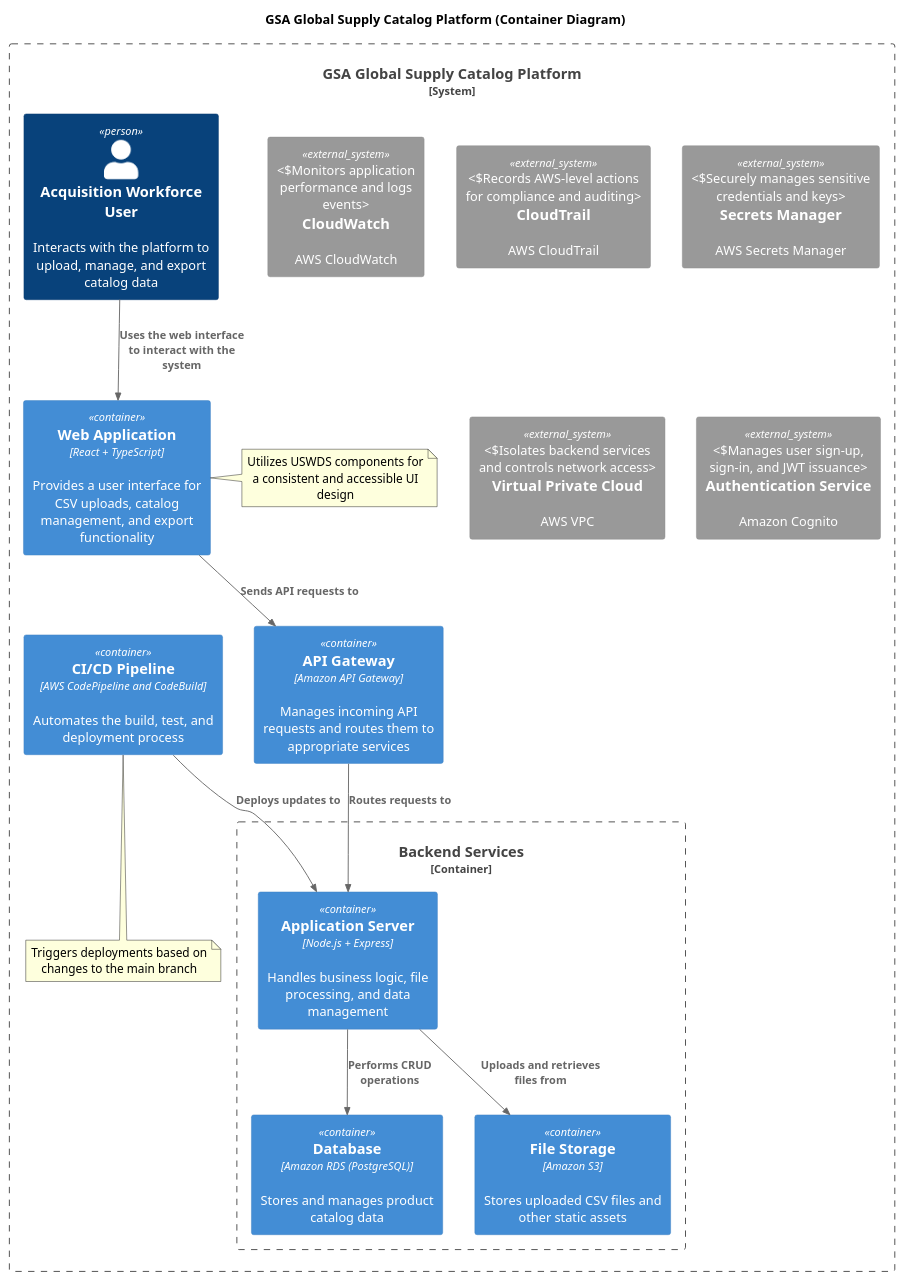
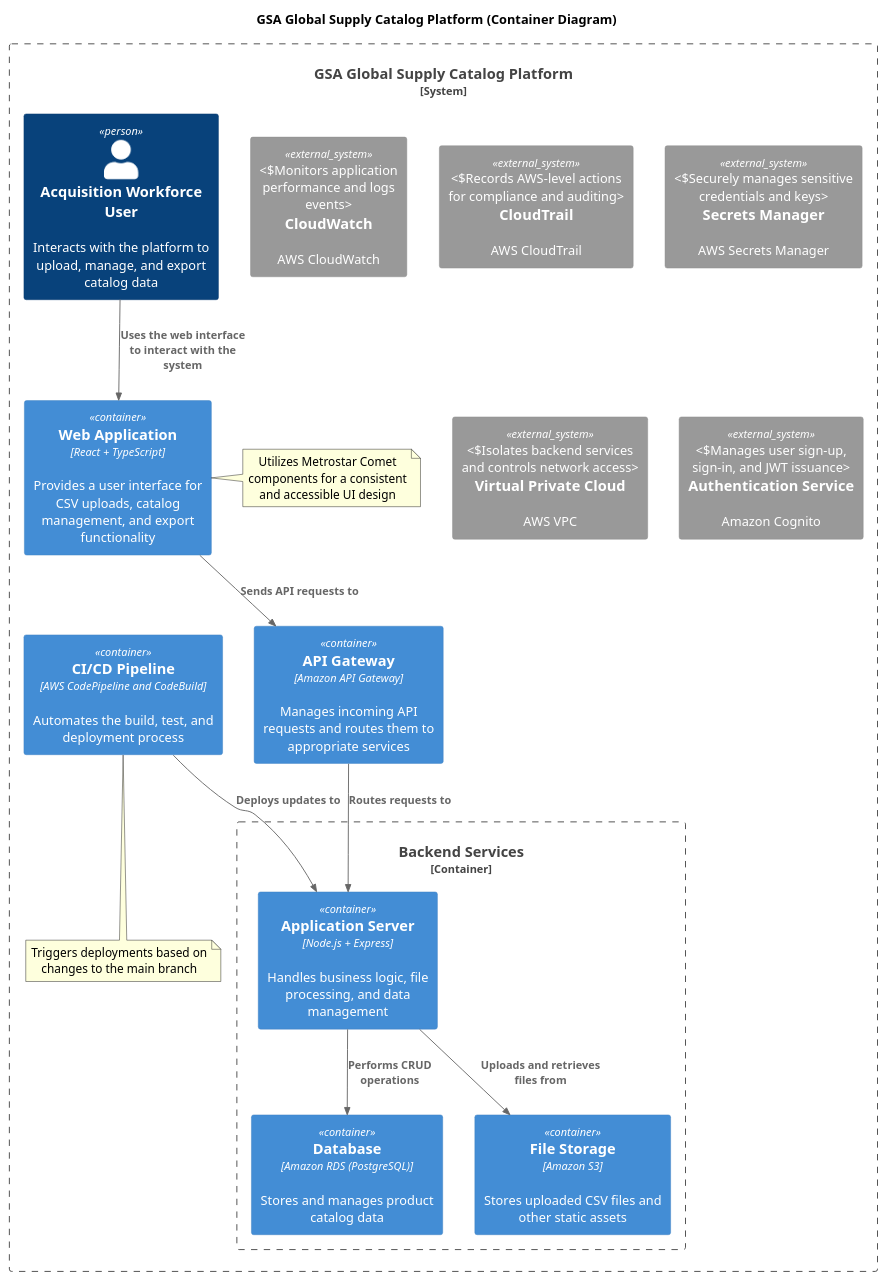
Before and after one commit to AathreyaG/reactai-starter: the diagram in solution.md, drawn with PlantUML. The commit also changed other lines of this file, not shown here.

````diff
--- a/solution.md
+++ b/solution.md
@@ -1,45 +1,45 @@
 ```plantuml
 @startuml
 !includeurl https://raw.githubusercontent.com/plantuml-stdlib/C4-PlantUML/master/C4_Container.puml
 
 title GSA Global Supply Catalog Platform (Container Diagram)
 
 System_Boundary(GSA_Boundary, "GSA Global Supply Catalog Platform") {
 
     Person(user, "Acquisition Workforce User", "Interacts with the platform to upload, manage, and export catalog data")
 
     Container(webApp, "Web Application", "React + TypeScript", "Provides a user interface for CSV uploads, catalog management, and export functionality")
     Container(apiGateway, "API Gateway", "Amazon API Gateway", "Manages incoming API requests and routes them to appropriate services")
 
     Container_Boundary(Backend, "Backend Services") {
         Container(appServer, "Application Server", "Node.js + Express", "Handles business logic, file processing, and data management")
         Container(database, "Database", "Amazon RDS (PostgreSQL)", "Stores and manages product catalog data")
         Container(fileStorage, "File Storage", "Amazon S3", "Stores uploaded CSV files and other static assets")
     }
 
     System_Ext(cloudwatch, "CloudWatch", "AWS CloudWatch", "Monitors application performance and logs events")
     System_Ext(cloudtrail, "CloudTrail", "AWS CloudTrail", "Records AWS-level actions for compliance and auditing")
     System_Ext(secretsManager, "Secrets Manager", "AWS Secrets Manager", "Securely manages sensitive credentials and keys")
     System_Ext(vpc, "Virtual Private Cloud", "AWS VPC", "Isolates backend services and controls network access")
     System_Ext(authService, "Authentication Service", "Amazon Cognito", "Manages user sign-up, sign-in, and JWT issuance")
 
     Container(ciCdPipeline, "CI/CD Pipeline", "AWS CodePipeline and CodeBuild", "Automates the build, test, and deployment process")
 
     Rel(user, webApp, "Uses the web interface to interact with the system")
     Rel(webApp, apiGateway, "Sends API requests to")
     Rel(apiGateway, appServer, "Routes requests to")
     Rel(appServer, database, "Performs CRUD operations")
     Rel(appServer, fileStorage, "Uploads and retrieves files from")
     Rel(ciCdPipeline, appServer, "Deploys updates to")
 
     note right of webApp
-    Utilizes USWDS components for a consistent and accessible UI design
+    Utilizes Metrostar Comet components for a consistent and accessible UI design
     end note
 
     note bottom of ciCdPipeline
     Triggers deployments based on changes to the main branch
     end note
 }
 
 @enduml
 ```
````
